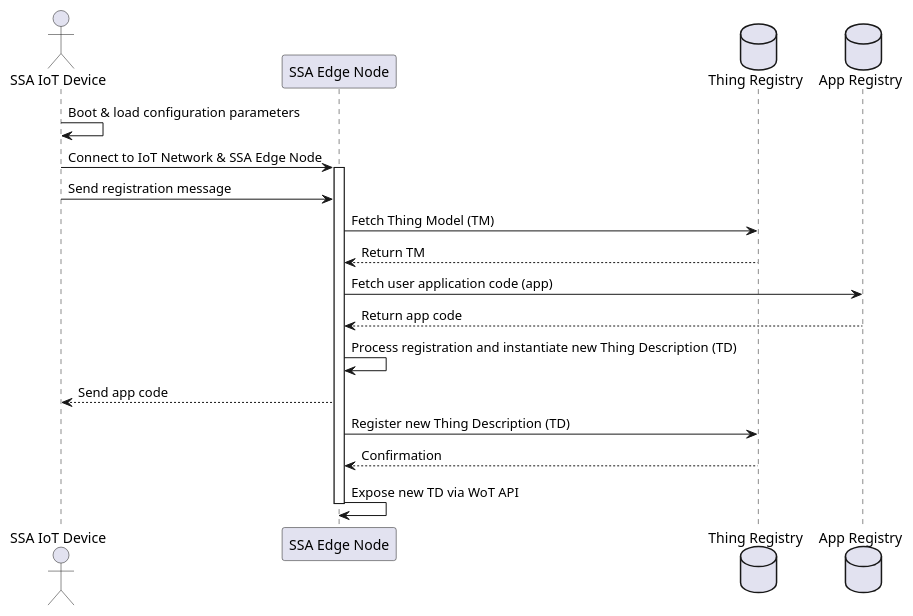
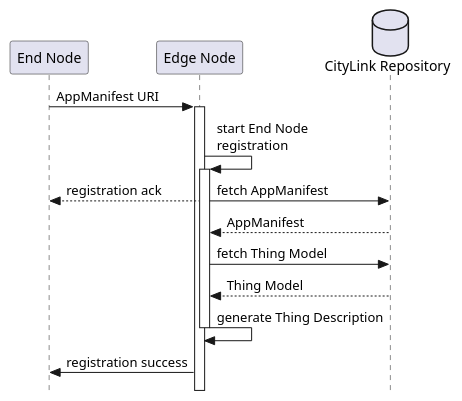
Before and after one commit to les2feup/CityLink: the diagram in uml/Sequence/registration.puml, drawn with PlantUML. The commit also changed other lines of this file and 1 other file, not shown here.

Commit message:
updated registration sequence diagram

```diff
--- a/uml/Sequence/registration.puml
+++ b/uml/Sequence/registration.puml
@@ -1,27 +1,26 @@
 @startuml
-actor "SSA IoT Device" as Device
-participant "SSA Edge Node" as Edge
-database "Thing Registry" as ThingRegistry
-database "App Registry" as AppRegistry
+!pragma teoz true
+skinparam style strictuml
 
-Device -> Device: Boot & load configuration parameters
+participant "End Node" as endNode
+participant "Edge Node" as edgeNode
+database "CityLink Repository" as cloud
 
-Device -> Edge: Connect to IoT Network & SSA Edge Node
-activate Edge
-Device -> Edge: Send registration message
+endNode -> edgeNode : AppManifest URI
 
-Edge -> ThingRegistry: Fetch Thing Model (TM)
-ThingRegistry --> Edge: Return TM
+activate edgeNode
+edgeNode -> edgeNode : start End Node\nregistration
 
-Edge -> AppRegistry: Fetch user application code (app)
-AppRegistry --> Edge: Return app code
+activate edgeNode
+edgeNode --> endNode : registration ack 
+& edgeNode -> cloud : fetch AppManifest
+cloud --> edgeNode: AppManifest
 
-Edge -> Edge: Process registration and instantiate new Thing Description (TD)
-Edge --> Device: Send app code
+edgeNode -> cloud: fetch Thing Model
+cloud --> edgeNode: Thing Model
 
-Edge -> ThingRegistry: Register new Thing Description (TD)
-ThingRegistry --> Edge: Confirmation
+edgeNode -> edgeNode : generate Thing Description
+deactivate edgeNode
 
-Edge -> Edge: Expose new TD via WoT API
-deactivate Edge
+edgeNode -> endNode: registration success
 @enduml
```
